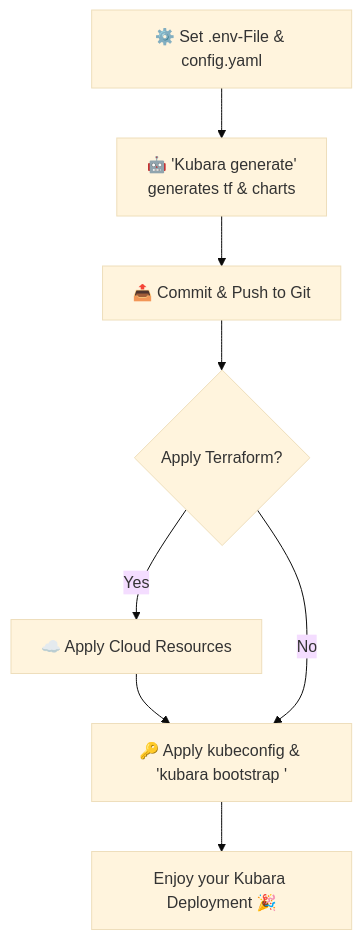
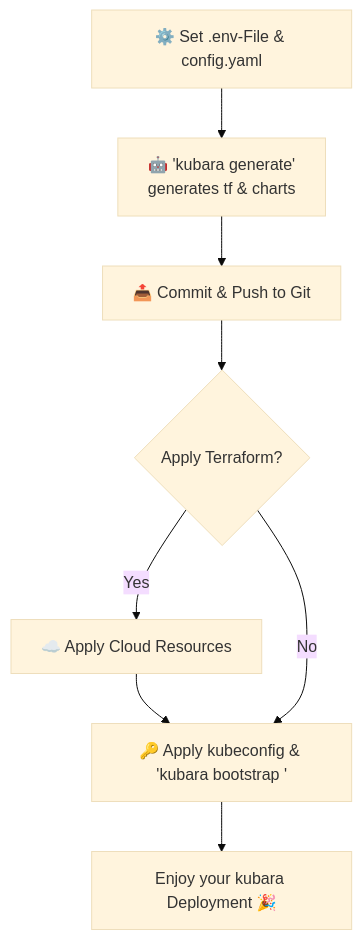
One commit to kubara-io/kubara changed the diagram in docs/content/1_getting_started/overview_core_concept.md. Above: the diagram before and after it, drawn with Mermaid (base theme). The commit also changed other lines of this file and 5 other files, not shown here.

````diff
--- a/docs/content/1_getting_started/overview_core_concept.md
+++ b/docs/content/1_getting_started/overview_core_concept.md
@@ -34,10 +34,10 @@
 ``` mermaid
 graph TD
     A[⚙️ Set .env-File & config.yaml] --> B;
-    B[🤖 'Kubara generate' <br> generates tf & charts] --> C;
+    B[🤖 'kubara generate' <br> generates tf & charts] --> C;
     C[📤 Commit & Push to Git] --> D{Apply Terraform?};
     D -- Yes --> G[☁️ Apply Cloud Resources];
     G --> I[🔑 Apply kubeconfig & 'kubara bootstrap <cluster-name>'];
     D -- No --> I;
-    I --> F[Enjoy your Kubara Deployment 🎉];
+    I --> F[Enjoy your kubara Deployment 🎉];
 ```
````
